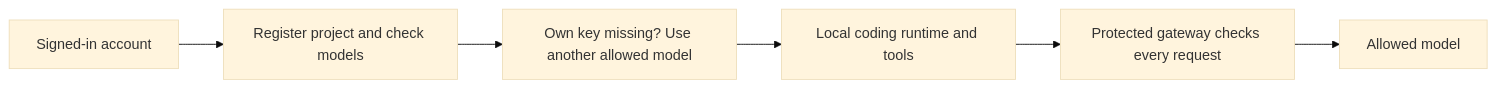
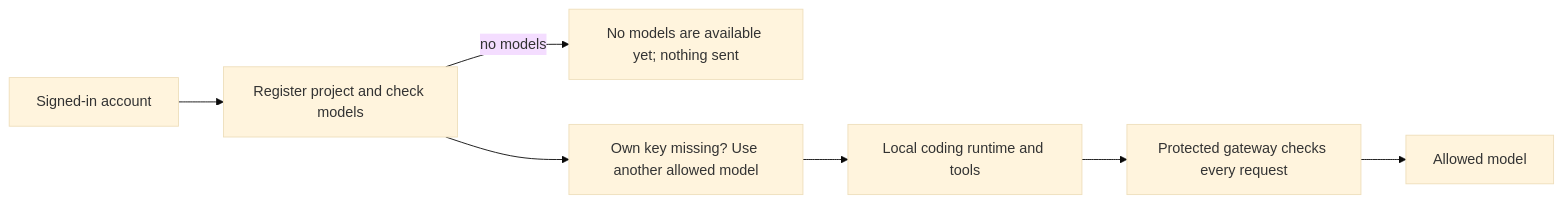
The diagram in docs/guide/cli-coding.md (OsamaFelFel/keeplane), drawn with Mermaid (base theme) before and after one commit. The commit also changed other lines of this file and 5 other files, not shown here.

First line of the commit message:
fix(cli): say no models are available yet and send nothing

````diff
--- a/docs/guide/cli-coding.md
+++ b/docs/guide/cli-coding.md
@@ -33,8 +45,9 @@
 ```mermaid
 flowchart LR
   Profile[Signed-in account] --> Check[Register project and check models]
+  Check -->|no models| Stop[No models are available yet; nothing sent]
   Check --> Choice[Own key missing? Use another allowed model]
   Choice --> Local[Local coding runtime and tools]
   Local --> Gateway[Protected gateway checks every request]
   Gateway --> Model[Allowed model]
 ```
````
